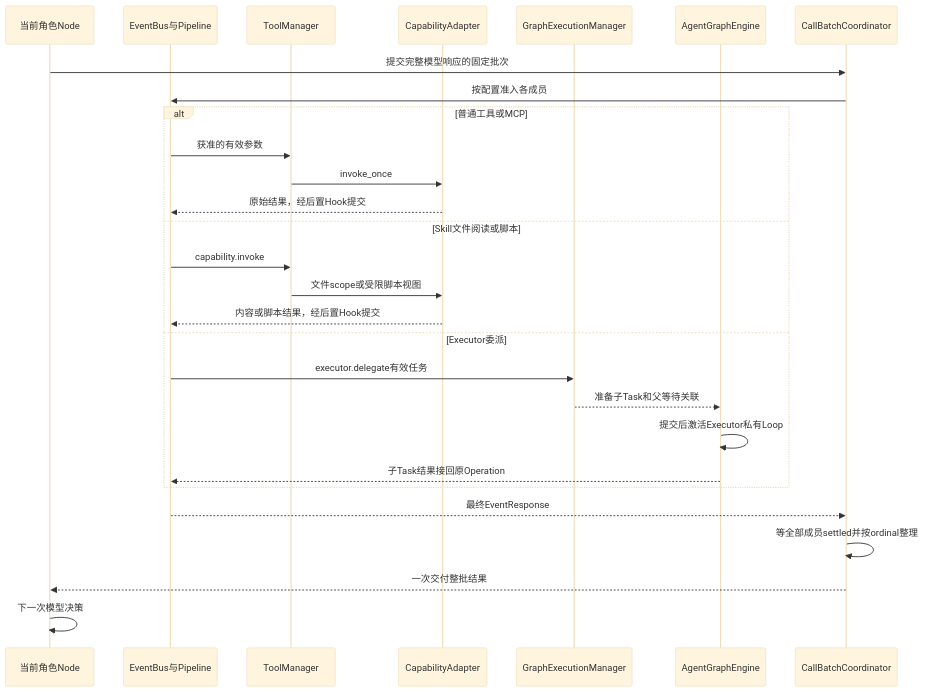
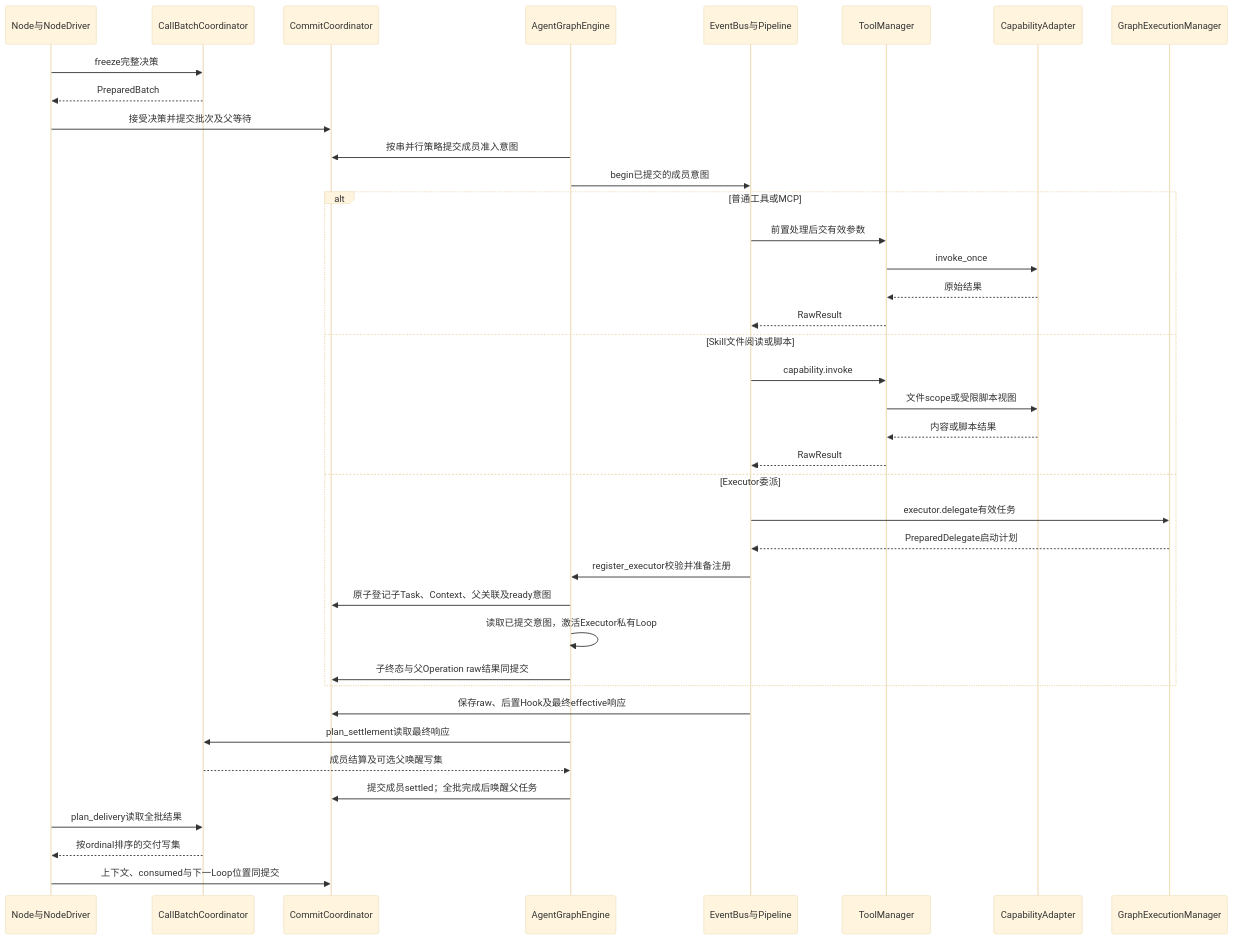
The eighth of 9 diagrams in docs/sdk/object-collaboration.md (dujian0068/agent-loom), drawn with Mermaid (base theme) before and after one commit. The commit also changed other lines of this file and 22 other files, not shown here.

````diff
--- a/docs/sdk/object-collaboration.md
+++ b/docs/sdk/object-collaboration.md
@@ -368,30 +376,41 @@
 ```mermaid
 sequenceDiagram
-    participant N as 当前角色Node
+    participant N as Node与NodeDriver
+    participant J as CallBatchCoordinator
+    participant C as CommitCoordinator
+    participant E as AgentGraphEngine
     participant B as EventBus与Pipeline
     participant T as ToolManager
     participant A as CapabilityAdapter
     participant G as GraphExecutionManager
-    participant E as AgentGraphEngine
-    participant J as CallBatchCoordinator
-    N->>J: 提交完整模型响应的固定批次
-    J->>B: 按配置准入各成员
+    N->>J: freeze完整决策
+    J-->>N: PreparedBatch
+    N->>C: 接受决策并提交批次及父等待
+    E->>C: 按串并行策略提交成员准入意图
+    E->>B: begin已提交的成员意图
     alt 普通工具或MCP
-        B->>T: 获准的有效参数
+        B->>T: 前置处理后交有效参数
         T->>A: invoke_once
-        A-->>B: 原始结果，经后置Hook提交
+        A-->>T: 原始结果
+        T-->>B: RawResult
     else Skill文件阅读或脚本
         B->>T: capability.invoke
         T->>A: 文件scope或受限脚本视图
-        A-->>B: 内容或脚本结果，经后置Hook提交
+        A-->>T: 内容或脚本结果
+        T-->>B: RawResult
     else Executor委派
         B->>G: executor.delegate有效任务
-        G-->>E: 准备子Task和父等待关联
-        E->>E: 提交后激活Executor私有Loop
-        E-->>B: 子Task结果接回原Operation
+        G-->>B: PreparedDelegate启动计划
+        B->>E: register_executor校验并准备注册
+        E->>C: 原子登记子Task、Context、父关联及ready意图
+        E->>E: 读取已提交意图，激活Executor私有Loop
+        E->>C: 子终态与父Operation raw结果同提交
     end
-    B-->>J: 最终EventResponse
-    J->>J: 等全部成员settled并按ordinal整理
-    J-->>N: 一次交付整批结果
-    N->>N: 下一次模型决策
+    B->>C: 保存raw、后置Hook及最终effective响应
+    E->>J: plan_settlement读取最终响应
+    J-->>E: 成员结算及可选父唤醒写集
+    E->>C: 提交成员settled；全批完成后唤醒父任务
+    N->>J: plan_delivery读取全批结果
+    J-->>N: 按ordinal排序的交付写集
+    N->>C: 上下文、consumed与下一Loop位置同提交
 ```
````
